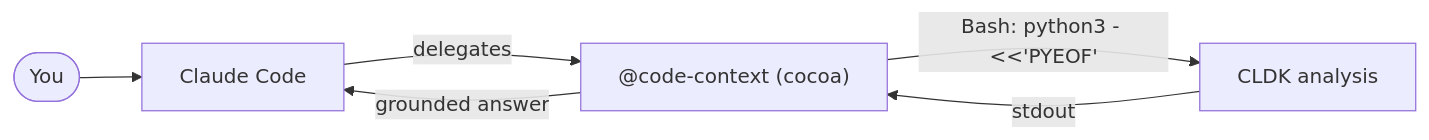
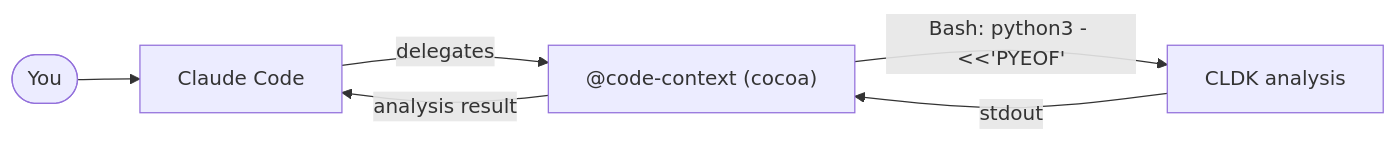
One commit to codellm-devkit/docs changed the diagram in src/content/docs/cocoa.mdx. Above: the diagram before and after it, drawn with Mermaid. The commit also changed other lines of this file and 28 other files, not shown here.

````diff
--- a/src/content/docs/cocoa.mdx
+++ b/src/content/docs/cocoa.mdx
@@ -20,8 +20,8 @@
 ```mermaid
 flowchart LR
     U([You]) --> CC[Claude Code]
     CC -->|delegates| A["@code-context (cocoa)"]
     A -->|"Bash: python3 - <<'PYEOF'"| K[CLDK analysis]
     K -->|stdout| A
-    A -->|grounded answer| CC
+    A -->|analysis result| CC
 ```
````
